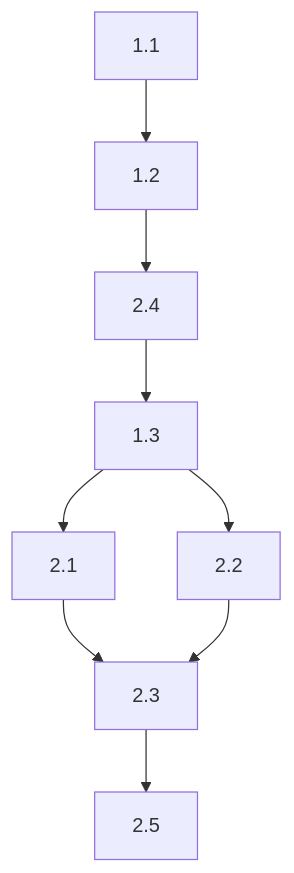
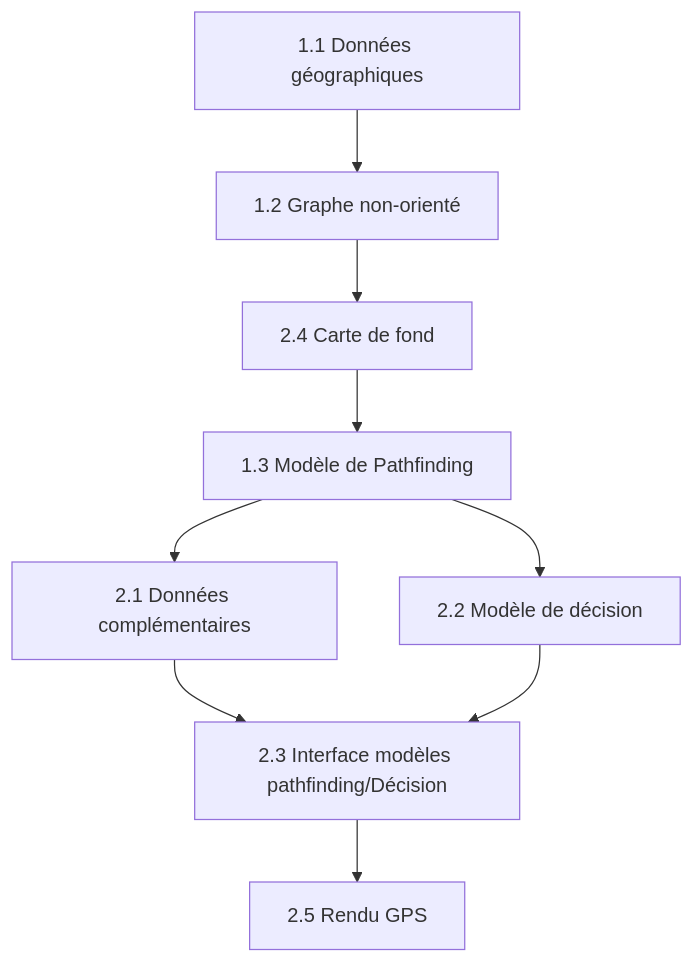
The diagram in README.md (laceric/Run_Path_Generator), drawn with Mermaid before and after one commit.

````diff
--- a/README.md
+++ b/README.md
@@ -35,10 +35,10 @@
 ```mermaid
 graph TD;
-    1.1-->1.2;
-    1.2-->2.4;
-    2.4-->1.3;
-    1.3-->2.1;
-    1.3-->2.2;
-    2.1 & 2.2-->2.3;
-    2.3-->2.5;
+    A[1.1 Données géographiques]-->B[1.2 Graphe non-orienté];
+    B-->C[2.4 Carte de fond];
+    C-->D[1.3 Modèle de Pathfinding];
+    D-->E[2.1 Données complémentaires];
+    D-->F[2.2 Modèle de décision];
+    E & F-->G[2.3 Interface modèles pathfinding/Décision];
+    G-->H[2.5 Rendu GPS];
 ```
````
